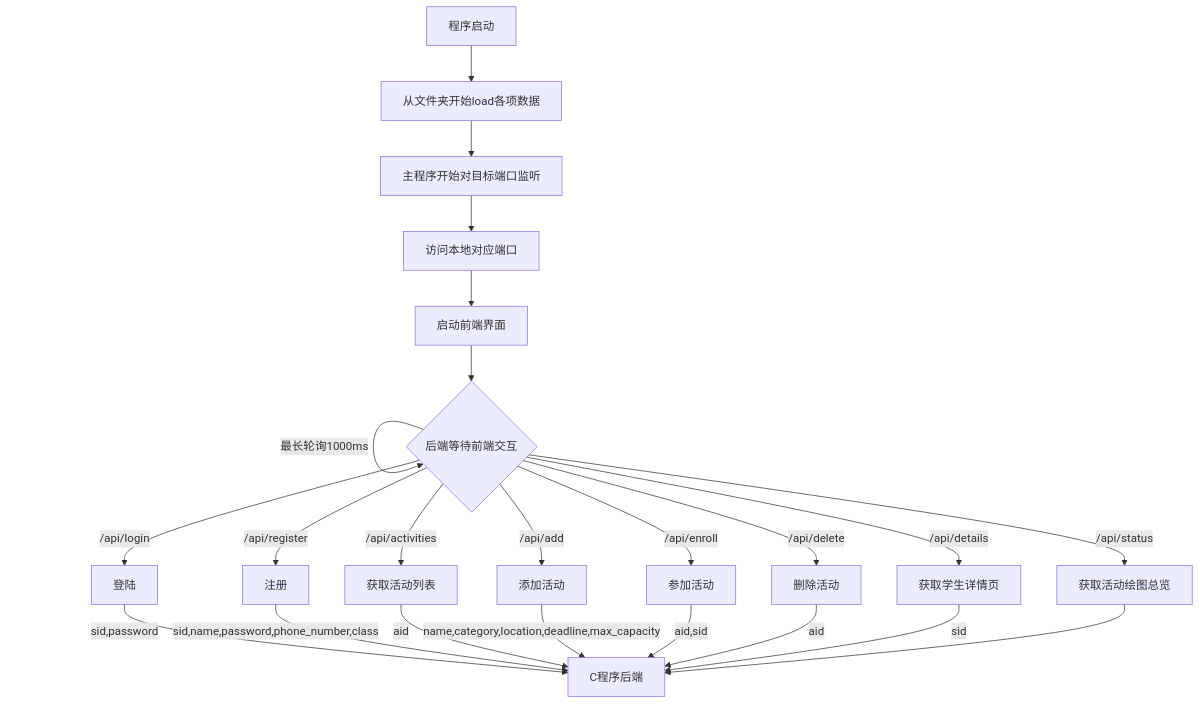
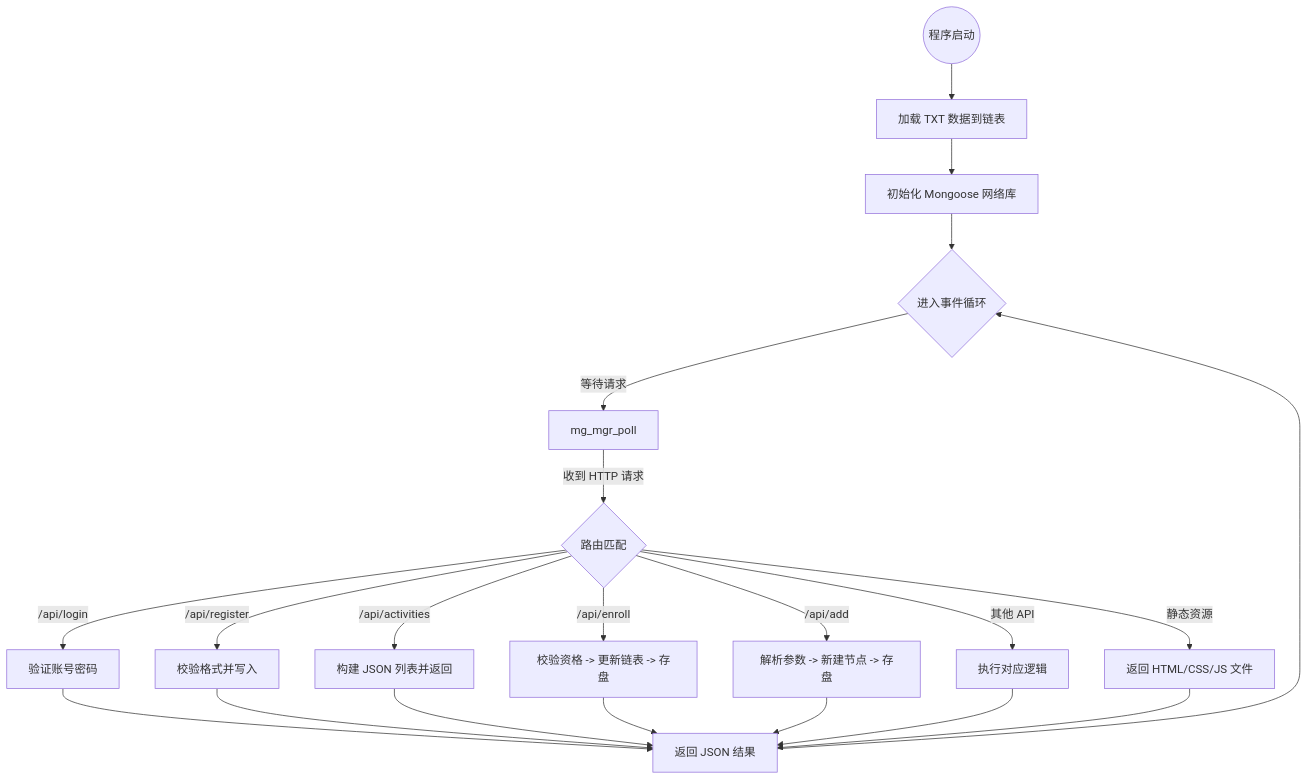
One commit to Hill-1024/blog changed the fifth of 5 diagrams in src/content/posts/Activity-manage-system/index.md. Above: the diagram before and after it, drawn with Mermaid. The commit also changed other lines of this file, not shown here.

````diff
--- a/src/content/posts/Activity-manage-system/index.md
+++ b/src/content/posts/Activity-manage-system/index.md
@@ -46,18 +343,23 @@
 ```mermaid
-graph TD
-    A[程序启动]-->B[从文件夹开始load各项数据]
-    B-->C[主程序开始对目标端口监听]
-    C-->D[访问本地对应端口]
-    D-->E[启动前端界面]
-    E-->F{后端等待前端交互}
-    F-->|最长轮询1000ms| F
-    F-->|/api/login|login[登陆]-->|sid,password|back
-    F-->|/api/register|register[注册]-->|sid,name,password,phone_number,class|back
-    F-->|/api/activities|activities[获取活动列表]-->|aid|back
-    F-->|/api/add|add[添加活动]-->|name,category,location,deadline,max_capacity|back
-    F-->|/api/enroll|enroll[参加活动]-->|aid,sid|back
-    F-->|/api/delete|delete[删除活动]-->|aid|back
-    F-->|/api/details|details[获取学生详情页]-->|sid|back
-    F-->|/api/status|satus[获取活动绘图总览]-->back
-    back[C程序后端]
+flowchart TD
+    Start((程序启动)) --> Init[加载 TXT 数据到链表]
+    Init --> NetInit[初始化 Mongoose 网络库]
+    NetInit --> Loop{进入事件循环}
+    Loop -->|等待请求| Poll[mg_mgr_poll]
+    Poll -->|收到 HTTP 请求| Router{路由匹配}
+    Router -->|/api/login| API_Login[验证账号密码]
+    Router -->|/api/register| API_Reg[校验格式并写入]
+    Router -->|/api/activities| API_List[构建 JSON 列表并返回]
+    Router -->|/api/enroll| API_Enroll[校验资格 -> 更新链表 -> 存盘]
+    Router -->|/api/add| API_Add[解析参数 -> 新建节点 -> 存盘]
+    Router -->|其他 API| API_Other[执行对应逻辑]
+    Router -->|静态资源| Static[返回 HTML/CSS/JS 文件]
+    API_Login --> Reply[返回 JSON 结果]
+    API_Reg --> Reply
+    API_List --> Reply
+    API_Enroll --> Reply
+    API_Add --> Reply
+    API_Other --> Reply
+    Static --> Reply
+    Reply --> Loop
 ```
````
